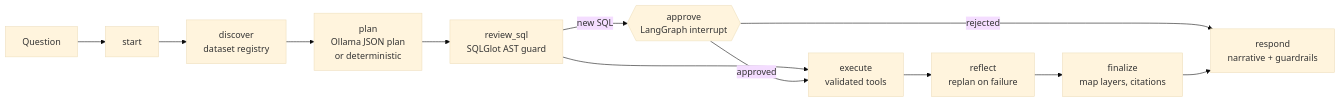
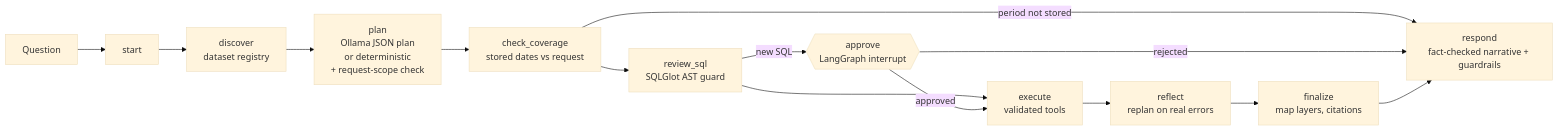
The diagram in README.md (Cinesra97/agentic-gis-databricks), drawn with Mermaid (base theme) before and after one commit. The commit also changed other lines of this file and 8 other files, not shown here.

First line of the commit message:
Document request-scope validation, coverage checks and the reliability fix

````diff
--- a/README.md
+++ b/README.md
@@ -54,10 +54,12 @@
 ```mermaid
 flowchart LR
-  Q[Question] --> S[start] --> D[discover<br/>dataset registry] --> P[plan<br/>Ollama JSON plan<br/>or deterministic]
-  P --> R[review_sql<br/>SQLGlot AST guard]
+  Q[Question] --> S[start] --> D[discover<br/>dataset registry] --> P[plan<br/>Ollama JSON plan<br/>or deterministic<br/>+ request-scope check]
+  P --> C[check_coverage<br/>stored dates vs request]
+  C --> R[review_sql<br/>SQLGlot AST guard]
+  C -->|period not stored| O
   R -->|new SQL| A{{approve<br/>LangGraph interrupt}}
   R --> E[execute<br/>validated tools]
   A -->|approved| E
   A -->|rejected| O
-  E --> F[reflect<br/>replan on failure] --> Z[finalize<br/>map layers, citations] --> O[respond<br/>narrative + guardrails]
+  E --> F[reflect<br/>replan on real errors] --> Z[finalize<br/>map layers, citations] --> O[respond<br/>fact-checked narrative + guardrails]
 ```
````
